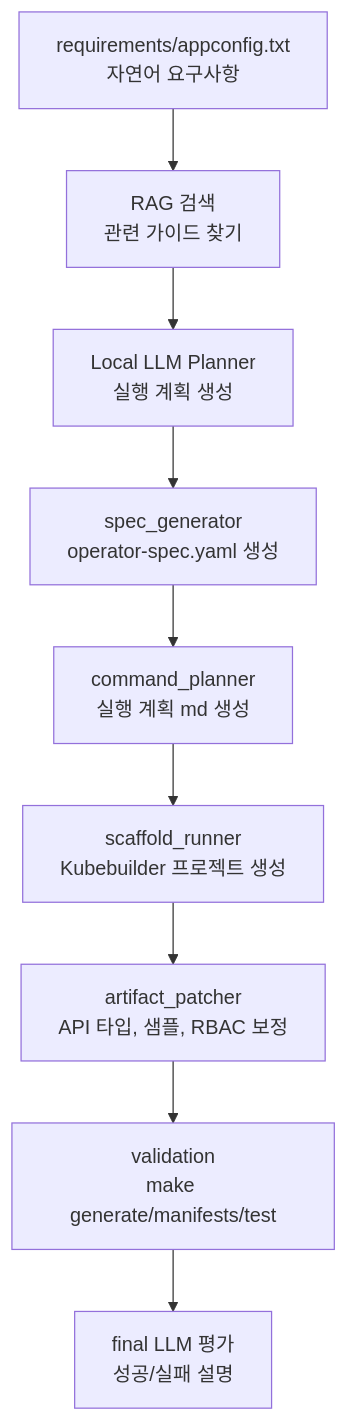
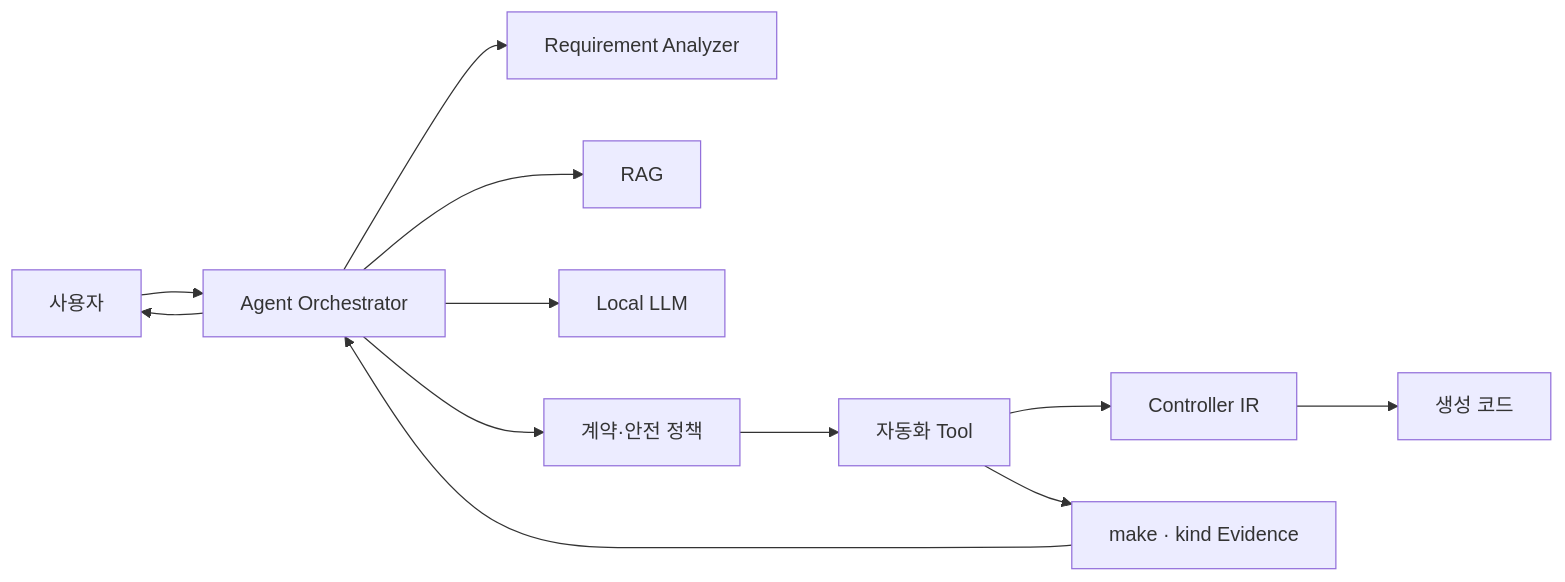
Before and after one commit to kuashi17/k8sagent: the second of 4 diagrams in docs/visual-overview.md, drawn with Mermaid. The commit also changed other lines of this file, not shown here.

````diff
--- a/docs/visual-overview.md
+++ b/docs/visual-overview.md
@@ -56,11 +32,14 @@
 ```mermaid
-flowchart TD
-    A["requirements/appconfig.txt<br/>자연어 요구사항"] --> B["RAG 검색<br/>관련 가이드 찾기"]
-    B --> C["Local LLM Planner<br/>실행 계획 생성"]
-    C --> D["spec_generator<br/>operator-spec.yaml 생성"]
-    D --> E["command_planner<br/>실행 계획 md 생성"]
-    E --> F["scaffold_runner<br/>Kubebuilder 프로젝트 생성"]
-    F --> G["artifact_patcher<br/>API 타입, 샘플, RBAC 보정"]
-    G --> H["validation<br/>make generate/manifests/test"]
-    H --> I["final LLM 평가<br/>성공/실패 설명"]
+flowchart LR
+    U["사용자"] --> A["Agent Orchestrator"]
+    A --> R["Requirement Analyzer"]
+    A --> K["RAG"]
+    A --> L["Local LLM"]
+    A --> S["계약·안전 정책"]
+    S --> T["자동화 Tool"]
+    T --> I["Controller IR"]
+    I --> G["생성 코드"]
+    T --> E["make · kind Evidence"]
+    E --> A
+    A --> U
 ```
````
